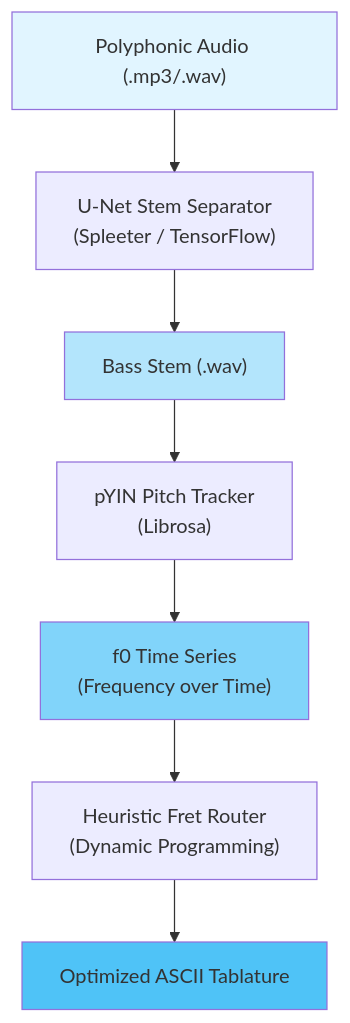
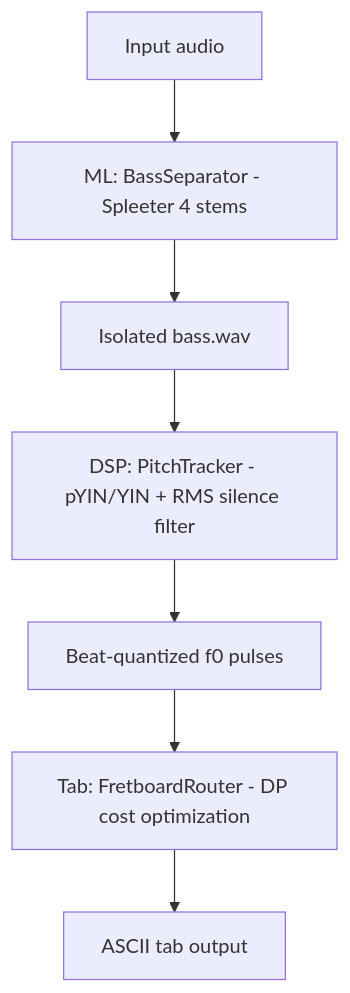
One commit to blackmetalhans/punkito-tabs-oracle changed the diagram in README.md. Above: the diagram before and after it, drawn with Mermaid. The commit also changed other lines of this file and 2 other files, not shown here.

Commit message:
docs: refresh README and architecture with current functional status

````diff
--- a/README.md
+++ b/README.md
@@ -36,14 +21,9 @@
 ```mermaid
 flowchart TD
-    A["Polyphonic Audio (.mp3/.wav)"] --> B["U-Net Stem Separator<br/>(Spleeter / TensorFlow)"]
-    B --> C["Bass Stem (.wav)"]
-    C --> D["pYIN Pitch Tracker<br/>(Librosa)"]
-    D --> E["f0 Time Series<br/>(Frequency over Time)"]
-    E --> F["Heuristic Fret Router<br/>(Dynamic Programming)"]
-    F --> G["Optimized ASCII Tablature"]
-    
-    style A fill:#e1f5ff
-    style C fill:#b3e5fc
-    style E fill:#81d4fa
-    style G fill:#4fc3f7
+    A[Input audio] --> B[ML: BassSeparator - Spleeter 4 stems]
+    B --> C[Isolated bass.wav]
+    C --> D[DSP: PitchTracker - pYIN/YIN + RMS silence filter]
+    D --> E[Beat-quantized f0 pulses]
+    E --> F[Tab: FretboardRouter - DP cost optimization]
+    F --> G[ASCII tab output]
 ```
````
